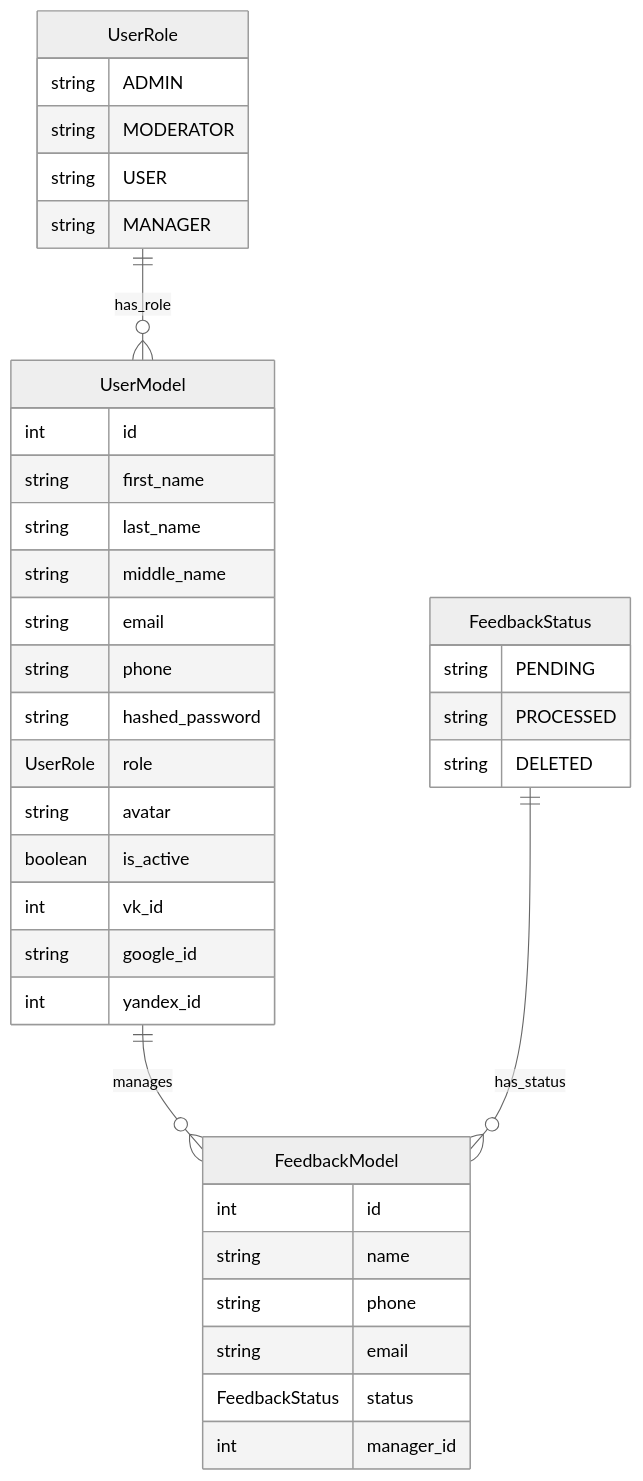
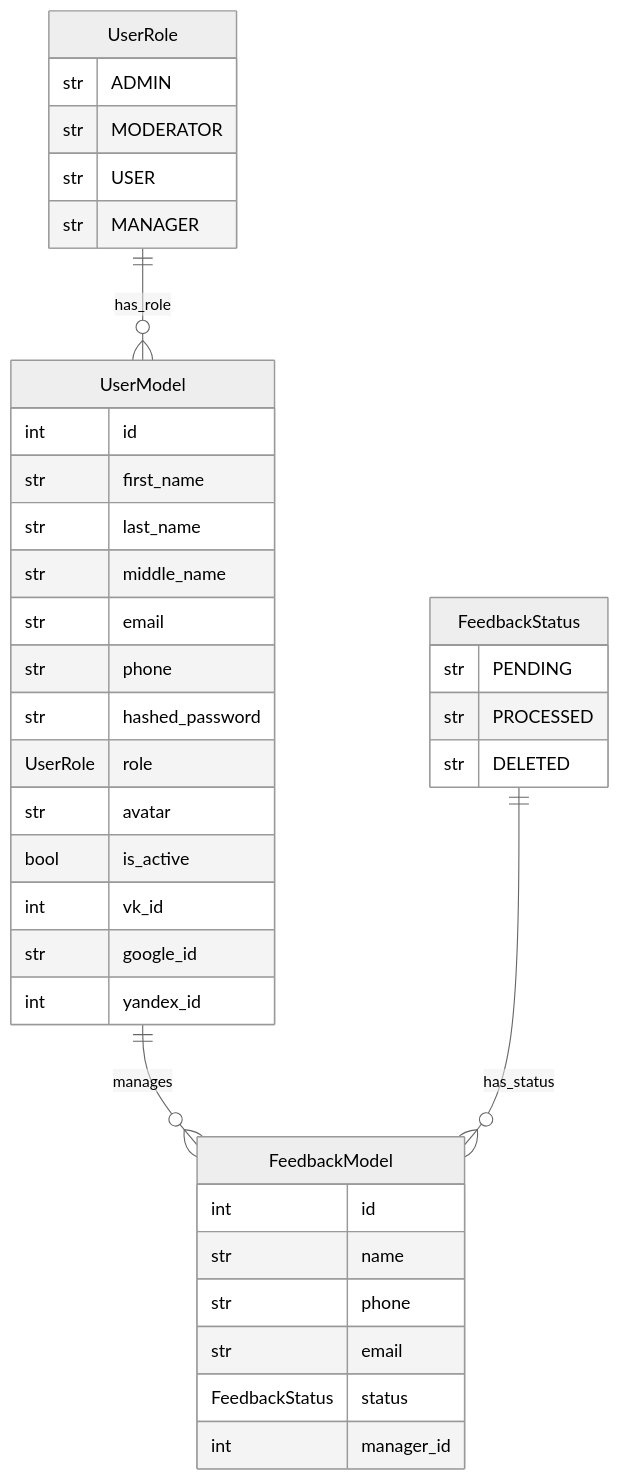
The diagram in docs/models.md (darkgooddack/educational-platform), drawn with Mermaid (neutral theme) before and after one commit. The commit also changed 6 other files, not shown here.

````diff
--- a/docs/models.md
+++ b/docs/models.md
@@ -2,42 +2,42 @@
 ```mermaid
 erDiagram
     UserModel ||--o{ FeedbackModel : manages
     UserModel {
         int id
-        string first_name
-        string last_name
-        string middle_name
-        string email
-        string phone
-        string hashed_password
+        str first_name
+        str last_name
+        str middle_name
+        str email
+        str phone
+        str hashed_password
         UserRole role
-        string avatar
-        boolean is_active
+        str avatar
+        bool is_active
         int vk_id
-        string google_id
+        str google_id
         int yandex_id
     }
     FeedbackModel {
         int id
-        string name
-        string phone
-        string email
+        str name
+        str phone
+        str email
         FeedbackStatus status
         int manager_id
     }
     UserRole ||--o{ UserModel : has_role
     FeedbackStatus ||--o{ FeedbackModel : has_status
     UserRole {
-        string ADMIN
-        string MODERATOR
-        string USER
-        string MANAGER
+        str ADMIN
+        str MODERATOR
+        str USER
+        str MANAGER
     }
     FeedbackStatus {
-        string PENDING
-        string PROCESSED
-        string DELETED
+        str PENDING
+        str PROCESSED
+        str DELETED
     }
 
 
 ```
````
